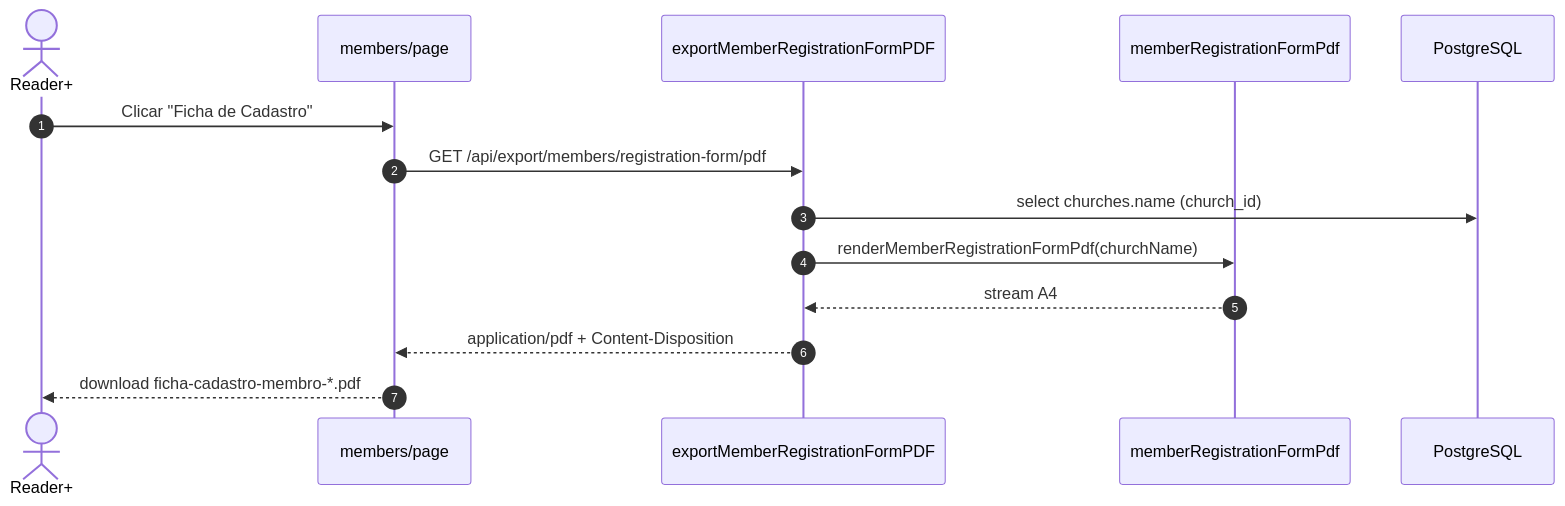
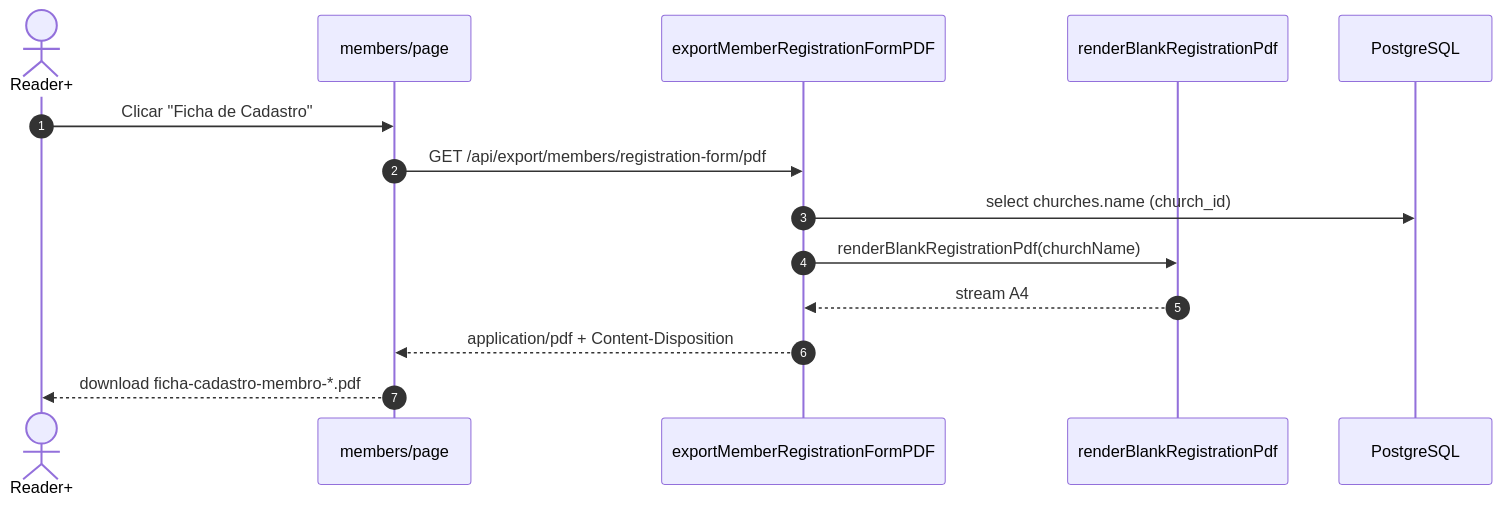
One commit to vinic-asouza/flock changed the third of 6 diagrams in docs/04_modulos/relatorios.md. Above: the diagram before and after it, drawn with Mermaid. The commit also changed other lines of this file and 7 other files, not shown here.

````diff
--- a/docs/04_modulos/relatorios.md
+++ b/docs/04_modulos/relatorios.md
@@ -339,17 +346,17 @@
 ```mermaid
 sequenceDiagram
   autonumber
   actor U as Reader+
   participant UI as members/page
   participant API as exportMemberRegistrationFormPDF
-  participant PDF as memberRegistrationFormPdf
+  participant PDF as renderBlankRegistrationPdf
   participant DB as PostgreSQL
 
   U->>UI: Clicar "Ficha de Cadastro"
   UI->>API: GET /api/export/members/registration-form/pdf
   API->>DB: select churches.name (church_id)
-  API->>PDF: renderMemberRegistrationFormPdf(churchName)
+  API->>PDF: renderBlankRegistrationPdf(churchName)
   PDF-->>API: stream A4
   API-->>UI: application/pdf + Content-Disposition
   UI-->>U: download ficha-cadastro-membro-*.pdf
 ```
````
